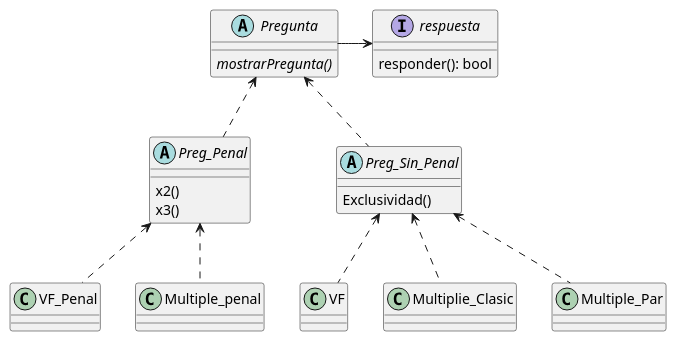
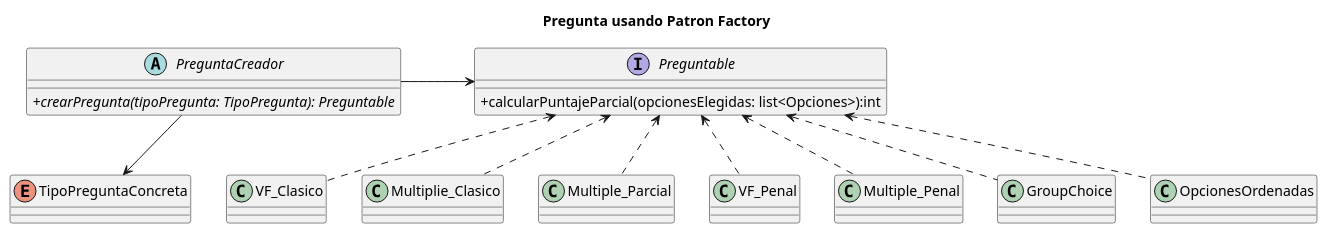
Before and after one commit to gylopezgiles/TP2: the diagram in doc/Diagramas/Diagramas_Clase/pregunta/pregunta.plantuml, drawn with PlantUML. The commit also changed 13 other files, not shown here.

Commit message:
Se actualizaron los diagramas de clase segun la reunion del Domingo 19.

```diff
--- a/doc/Diagramas/Diagramas_Clase/pregunta/pregunta.plantuml
+++ b/doc/Diagramas/Diagramas_Clase/pregunta/pregunta.plantuml
@@ -2,62 +2,62 @@
 @startuml
+title Pregunta usando Patron Factory
+skinparam classAttributeIconSize 0
 
-
-abstract class Pregunta{
-    {abstract}mostrarPregunta()
+abstract class PreguntaCreador{
+    + {abstract}crearPregunta(tipoPregunta: TipoPregunta): Preguntable
 }
 
-interface respuesta{
-    responder(): bool
+interface Preguntable{
+    + calcularPuntajeParcial(opcionesElegidas: list<Opciones>):int
 }
 
-abstract Preg_Penal{
-    x2()
-    x3()
-}
-
-abstract Preg_Sin_Penal{
-    Exclusividad()
+enum TipoPreguntaConcreta{
 }
 
 
 ' sin penalidad
-class VF{
+class VF_Clasico{
 }
 
-class Multiplie_Clasic{
+class Multiplie_Clasico{
 
 }
 
-class Multiple_Par{
+class Multiple_Parcial{
     
 }
-
 
 
 ' con penalidad
 class VF_Penal{
 }
 
-class Multiple_penal{
-
+class Multiple_Penal{
 }
 
 
+' Especiales
+class GroupChoice{
+}
 
-Pregunta -> respuesta
+class OpcionesOrdenadas{
+}
 
 
-Pregunta <.. Preg_Penal
-Pregunta <.. Preg_Sin_Penal
+PreguntaCreador -down->TipoPreguntaConcreta
+PreguntaCreador -> Preguntable
 
 ' Preg_Penal
-Preg_Penal <.. VF_Penal
-Preg_Penal <.. Multiple_penal
+Preguntable <.. VF_Penal
+Preguntable <.. Multiple_Penal
 
 
 ' Pregun_Sin_Penal
-Preg_Sin_Penal <.. VF
-Preg_Sin_Penal <.. Multiplie_Clasic
-Preg_Sin_Penal <.. Multiple_Par
+Preguntable <.. VF_Clasico
+Preguntable <.. Multiplie_Clasico
+Preguntable <.. Multiple_Parcial
+
+Preguntable <.. GroupChoice
+Preguntable <.. OpcionesOrdenadas
 
 @enduml
```
